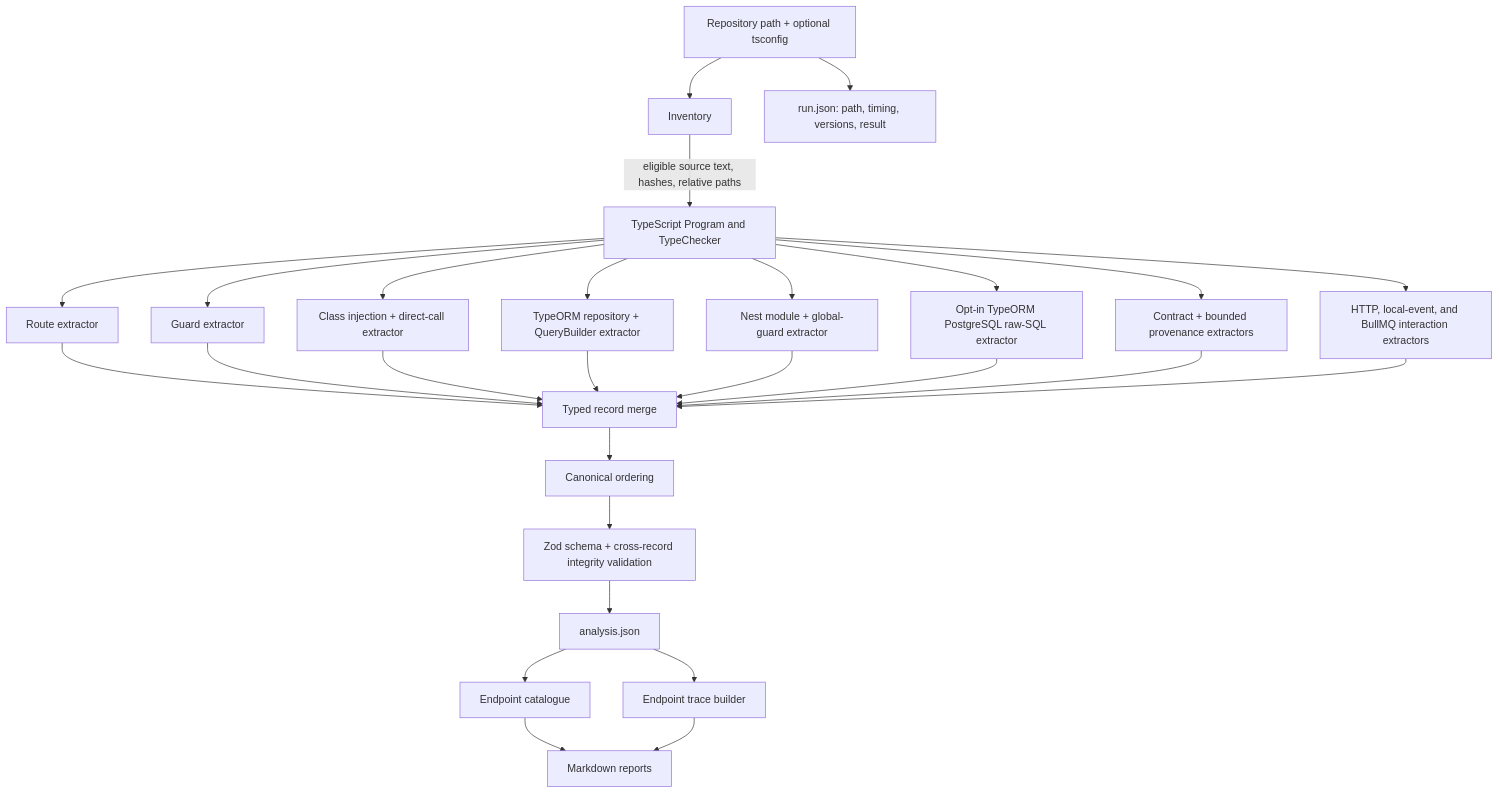
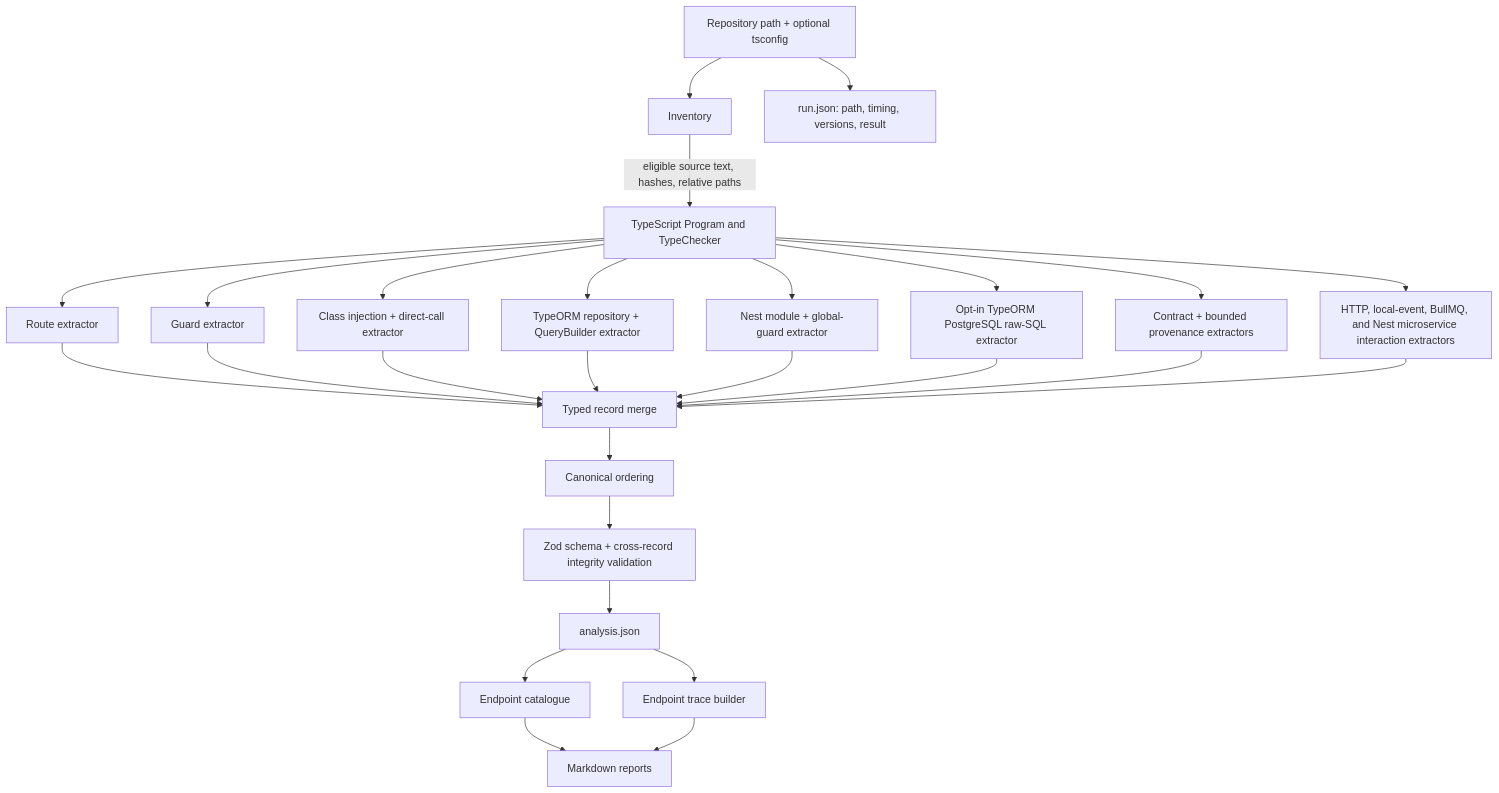
The first of 3 diagrams in docs/architecture.md (fakrulauzaie/nestjs-api-intelligence-engine), drawn with Mermaid before and after one commit. The commit also changed other lines of this file and 68 other files, not shown here.

Commit message:
feat: implement comprehensive integrity validation framework, expanded structural analysis for microservice-based interaction mapping

````diff
--- a/docs/architecture.md
+++ b/docs/architecture.md
@@ -5,29 +5,29 @@
 ```mermaid
 flowchart TD
   R["Repository path + optional tsconfig"] --> I["Inventory"]
   I -->|"eligible source text, hashes, relative paths"| P["TypeScript Program and TypeChecker"]
   P --> X1["Route extractor"]
   P --> X2["Guard extractor"]
   P --> X3["Class injection + direct-call extractor"]
   P --> X4["TypeORM repository + QueryBuilder extractor"]
   P --> X5["Nest module + global-guard extractor"]
   P --> X6["Opt-in TypeORM PostgreSQL raw-SQL extractor"]
   P --> X7["Contract + bounded provenance extractors"]
-  P --> X8["HTTP, local-event, and BullMQ interaction extractors"]
+  P --> X8["HTTP, local-event, BullMQ, and Nest microservice interaction extractors"]
   X1 --> M["Typed record merge"]
   X2 --> M
   X3 --> M
   X4 --> M
   X5 --> M
   X6 --> M
   X7 --> M
   X8 --> M
   M --> C["Canonical ordering"]
   C --> V["Zod schema + cross-record integrity validation"]
   V --> A["analysis.json"]
   A --> Q1["Endpoint catalogue"]
   A --> Q2["Endpoint trace builder"]
   Q1 --> MD["Markdown reports"]
   Q2 --> MD
   R --> RUN["run.json: path, timing, versions, result"]
 ```
````
